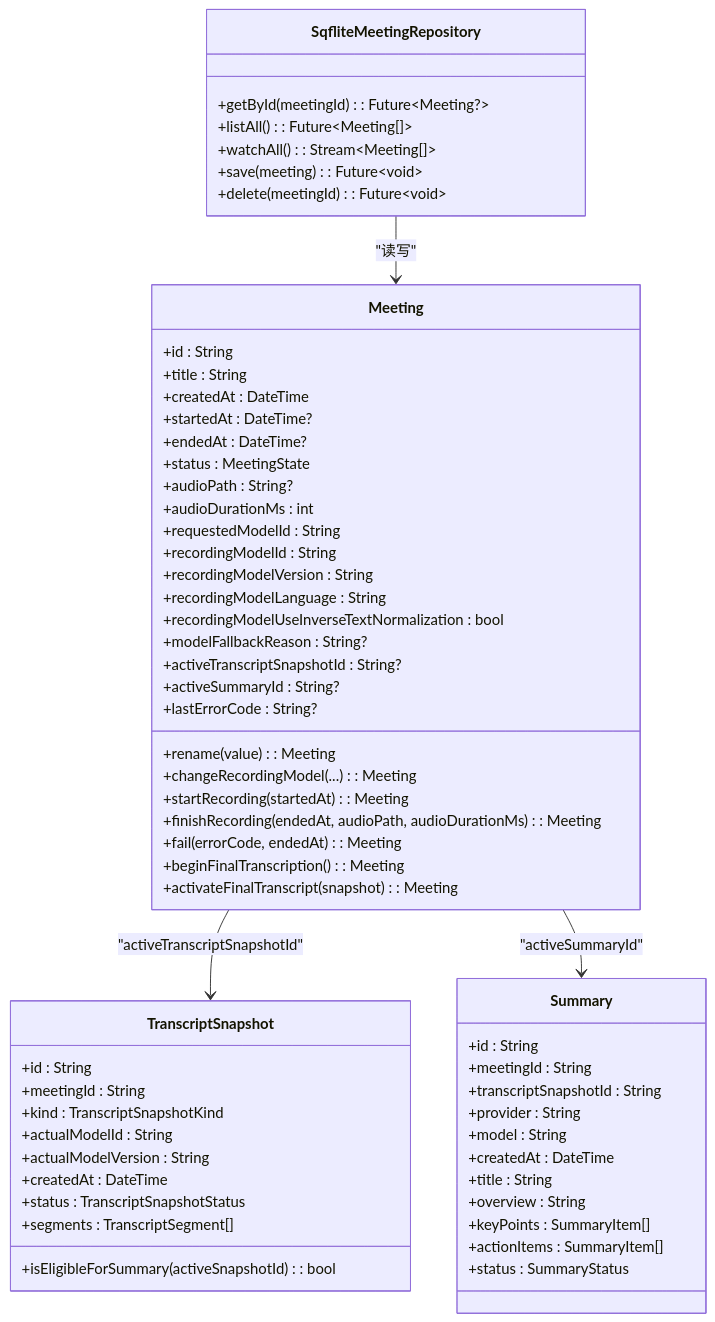
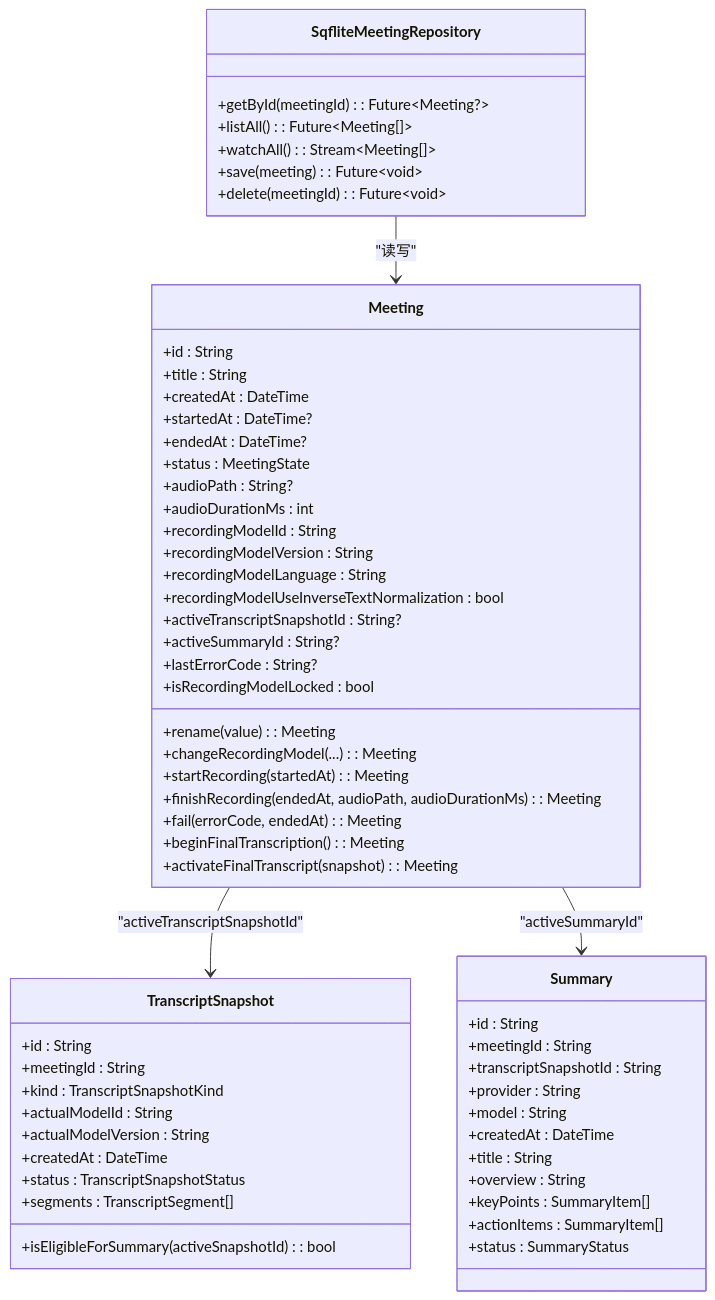
Before and after one commit to zhangheng2022/meet_trace: the second of 7 diagrams in .qoder/repowiki/zh/content/核心功能模块/会议管理系统.md, drawn with Mermaid. The commit also changed other lines of this file and 220 other files, not shown here.

````diff
--- a/.qoder/repowiki/zh/content/核心功能模块/会议管理系统.md
+++ b/.qoder/repowiki/zh/content/核心功能模块/会议管理系统.md
@@ -102,63 +110,62 @@
 ```mermaid
 classDiagram
 class Meeting {
 +id : String
 +title : String
 +createdAt : DateTime
 +startedAt : DateTime?
 +endedAt : DateTime?
 +status : MeetingState
 +audioPath : String?
 +audioDurationMs : int
-+requestedModelId : String
 +recordingModelId : String
 +recordingModelVersion : String
 +recordingModelLanguage : String
 +recordingModelUseInverseTextNormalization : bool
-+modelFallbackReason : String?
 +activeTranscriptSnapshotId : String?
 +activeSummaryId : String?
 +lastErrorCode : String?
++isRecordingModelLocked : bool
 +rename(value) : Meeting
 +changeRecordingModel(...) : Meeting
 +startRecording(startedAt) : Meeting
 +finishRecording(endedAt, audioPath, audioDurationMs) : Meeting
 +fail(errorCode, endedAt) : Meeting
 +beginFinalTranscription() : Meeting
 +activateFinalTranscript(snapshot) : Meeting
 }
 class TranscriptSnapshot {
 +id : String
 +meetingId : String
 +kind : TranscriptSnapshotKind
 +actualModelId : String
 +actualModelVersion : String
 +createdAt : DateTime
 +status : TranscriptSnapshotStatus
 +segments : TranscriptSegment[]
 +isEligibleForSummary(activeSnapshotId) : bool
 }
 class Summary {
 +id : String
 +meetingId : String
 +transcriptSnapshotId : String
 +provider : String
 +model : String
 +createdAt : DateTime
 +title : String
 +overview : String
 +keyPoints : SummaryItem[]
 +actionItems : SummaryItem[]
 +status : SummaryStatus
 }
 class SqfliteMeetingRepository {
 +getById(meetingId) : Future~Meeting?~
 +listAll() : Future~Meeting[]~
 +watchAll() : Stream~Meeting[]~
 +save(meeting) : Future~void~
 +delete(meetingId) : Future~void~
 }
 Meeting --> TranscriptSnapshot : "activeTranscriptSnapshotId"
 Meeting --> Summary : "activeSummaryId"
 SqfliteMeetingRepository --> Meeting : "读写"
 ```
````
